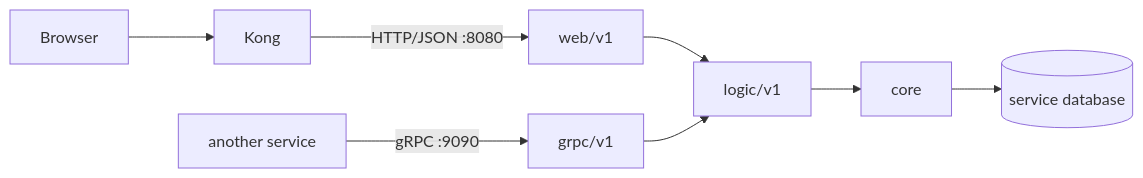
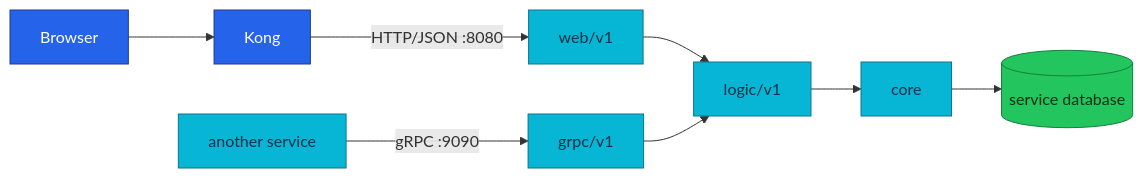
The third of 6 diagrams in docs/api/api.md (duynhlab/homelab), drawn with Mermaid before and after one commit. The commit also changed other lines of this file and 15 other files, not shown here.

First line of the commit message:
Improve API architecture diagrams (#513)

````diff
--- a/docs/api/api.md
+++ b/docs/api/api.md
@@ -66,10 +156,17 @@
 ```mermaid
 flowchart LR
     Browser --> Kong
     Kong -->|"HTTP/JSON :8080"| Web["web/v1"]
     Caller["another service"] -->|"gRPC :9090"| GRPC["grpc/v1"]
     Web --> Logic["logic/v1"]
     GRPC --> Logic
     Logic --> Core["core"]
     Core --> DB[(service database)]
+
+    classDef edge fill:#2563eb,color:#fff,stroke:#1e3a8a;
+    classDef service fill:#06b6d4,color:#082f49,stroke:#0e7490;
+    classDef data fill:#22c55e,color:#052e16,stroke:#15803d;
+    class Browser,Kong edge;
+    class Caller,Web,GRPC,Logic,Core service;
+    class DB data;
 ```
````
